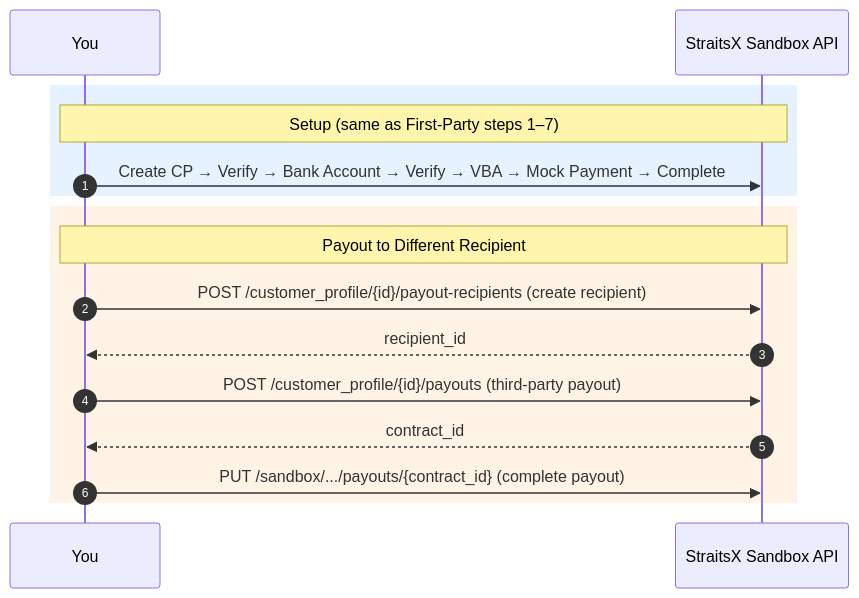
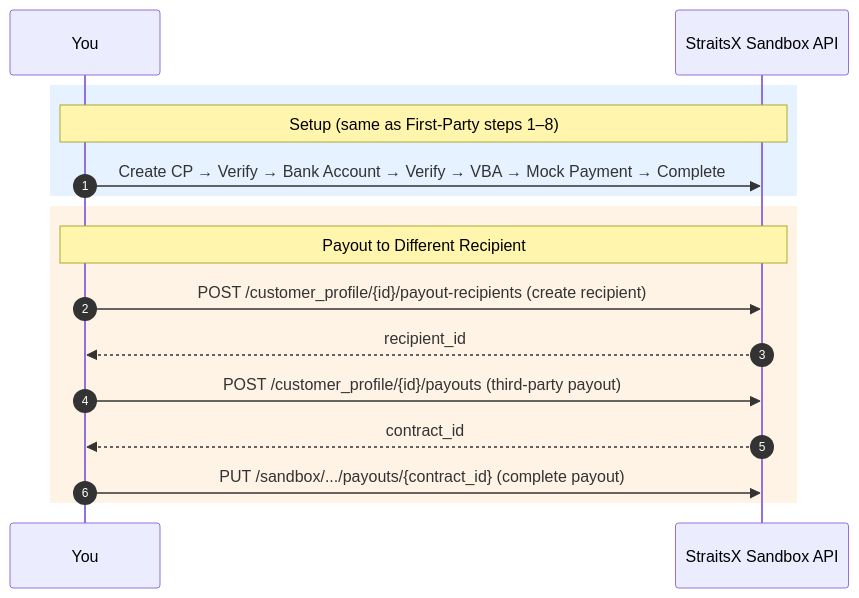
One commit to StraitsX/straitsx-ai changed the second of 3 diagrams in skills/straitsx-sandbox-testing/SKILL.md. Above: the diagram before and after it, drawn with Mermaid. The commit also changed other lines of this file, not shown here.

First line of the commit message:
Flow improvements to straitsx-sandbox-testing skill (#14)

````diff
--- a/skills/straitsx-sandbox-testing/SKILL.md
+++ b/skills/straitsx-sandbox-testing/SKILL.md
@@ -124,20 +164,20 @@
 ```mermaid
 sequenceDiagram
     autonumber
     participant You
     participant API as StraitsX Sandbox API
 
     rect rgb(230, 242, 255)
-    Note over You, API: Setup (same as First-Party steps 1–7)
+    Note over You, API: Setup (same as First-Party steps 1–8)
     You->>API: Create CP → Verify → Bank Account → Verify → VBA → Mock Payment → Complete
     end
 
     rect rgb(255, 243, 230)
     Note over You, API: Payout to Different Recipient
     You->>API: POST /customer_profile/{id}/payout-recipients (create recipient)
     API-->>You: recipient_id
     You->>API: POST /customer_profile/{id}/payouts (third-party payout)
     API-->>You: contract_id
     You->>API: PUT /sandbox/.../payouts/{contract_id} (complete payout)
     end
 ```
````
